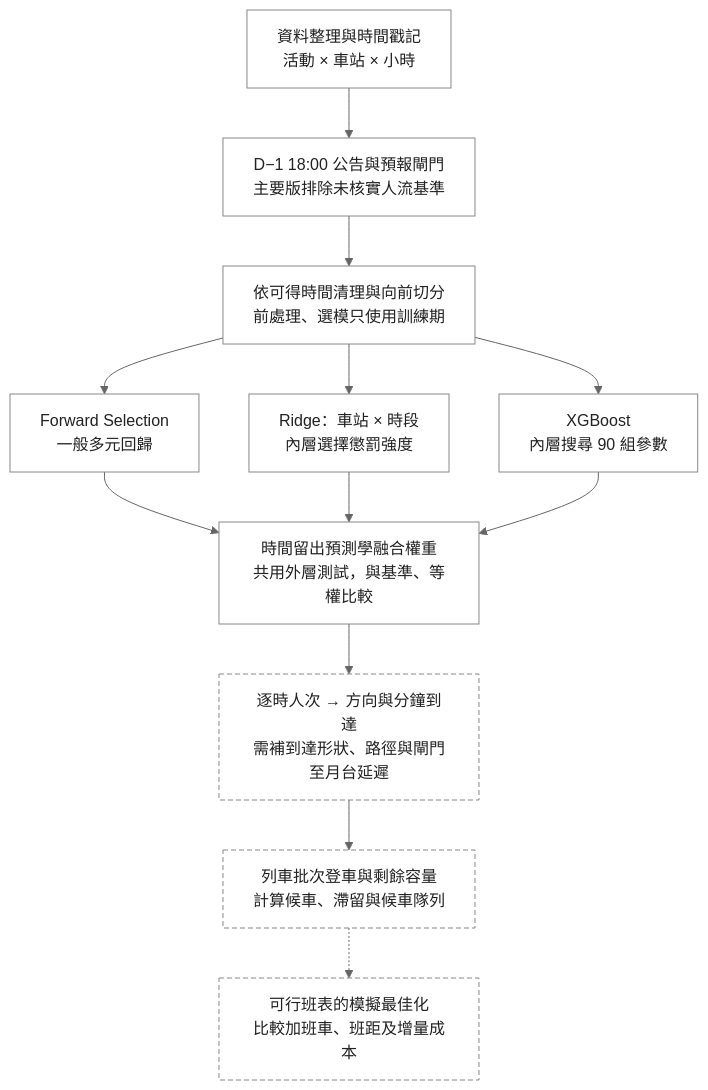
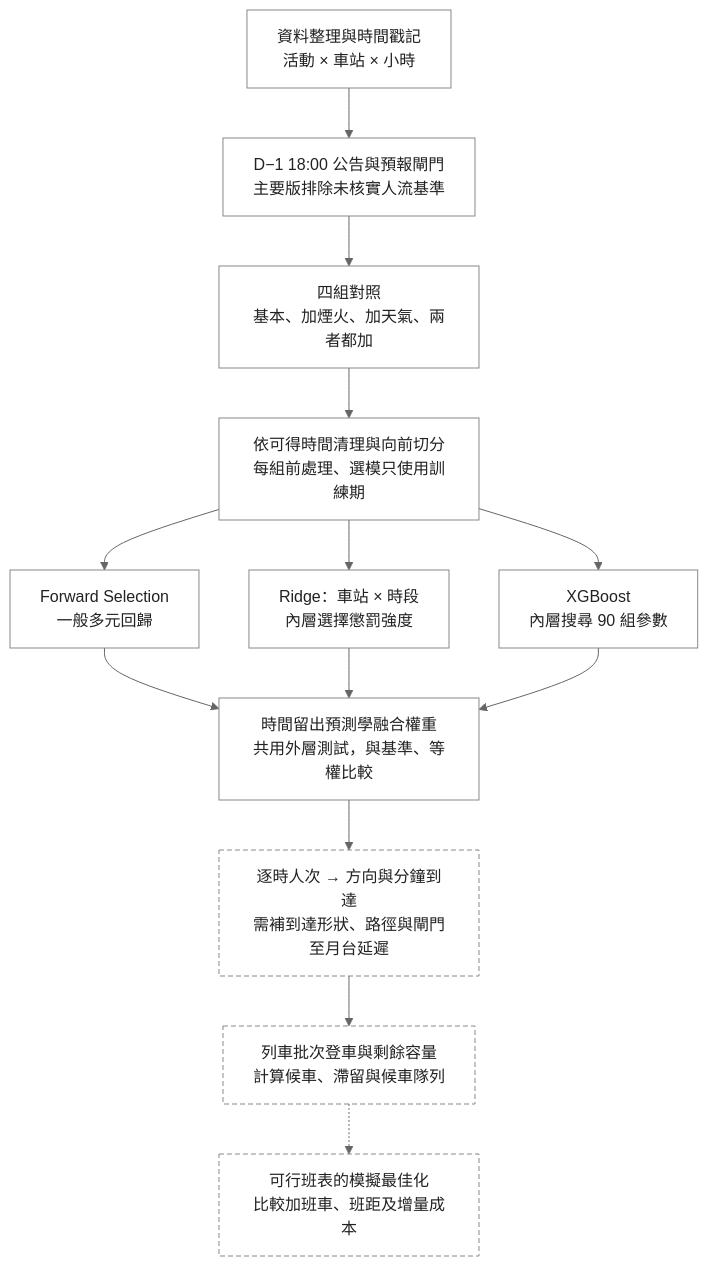
The diagram in README.md (410911316/Statistical-Practice-final), drawn with Mermaid (neutral theme) before and after one commit. The commit also changed other lines of this file and 152 other files, not shown here.

Commit message:
分開比較煙火與天氣並加入平均人次圖

````diff
--- a/README.md
+++ b/README.md
@@ -127,29 +173,31 @@
 ```mermaid
 flowchart TD
     A["資料整理與時間戳記<br/>活動 × 車站 × 小時"]
     J["D−1 18:00 公告與預報閘門<br/>主要版排除未核實人流基準"]
-    B["依可得時間清理與向前切分<br/>前處理、選模只使用訓練期"]
+    K["四組對照<br/>基本、加煙火、加天氣、兩者都加"]
+    B["依可得時間清理與向前切分<br/>每組前處理、選模只使用訓練期"]
     C["Forward Selection<br/>一般多元回歸"]
     D["Ridge：車站 × 時段<br/>內層選擇懲罰強度"]
     E["XGBoost<br/>內層搜尋 90 組參數"]
     F["時間留出預測學融合權重<br/>共用外層測試，與基準、等權比較"]
     G["逐時人次 → 方向與分鐘到達<br/>需補到達形狀、路徑與閘門至月台延遲"]
     H["列車批次登車與剩餘容量<br/>計算候車、滯留與候車隊列"]
     I["可行班表的模擬最佳化<br/>比較加班車、班距及增量成本"]
     A --> J
-    J --> B
+    J --> K
+    K --> B
     B --> C
     B --> D
     B --> E
     C --> F
     D --> F
     E --> F
     F --> G
     G --> H
     H -.-> I
     classDef completed fill:#fff,stroke:#888,color:#222,stroke-width:1px;
     classDef assumed fill:#fff,stroke:#888,color:#222,stroke-width:1px,stroke-dasharray:5 3;
-    class A,J,B,C,D,E,F completed;
+    class A,J,K,B,C,D,E,F completed;
     class G,H,I assumed;
     linkStyle default stroke:#666,stroke-width:1px;
 ```
````
